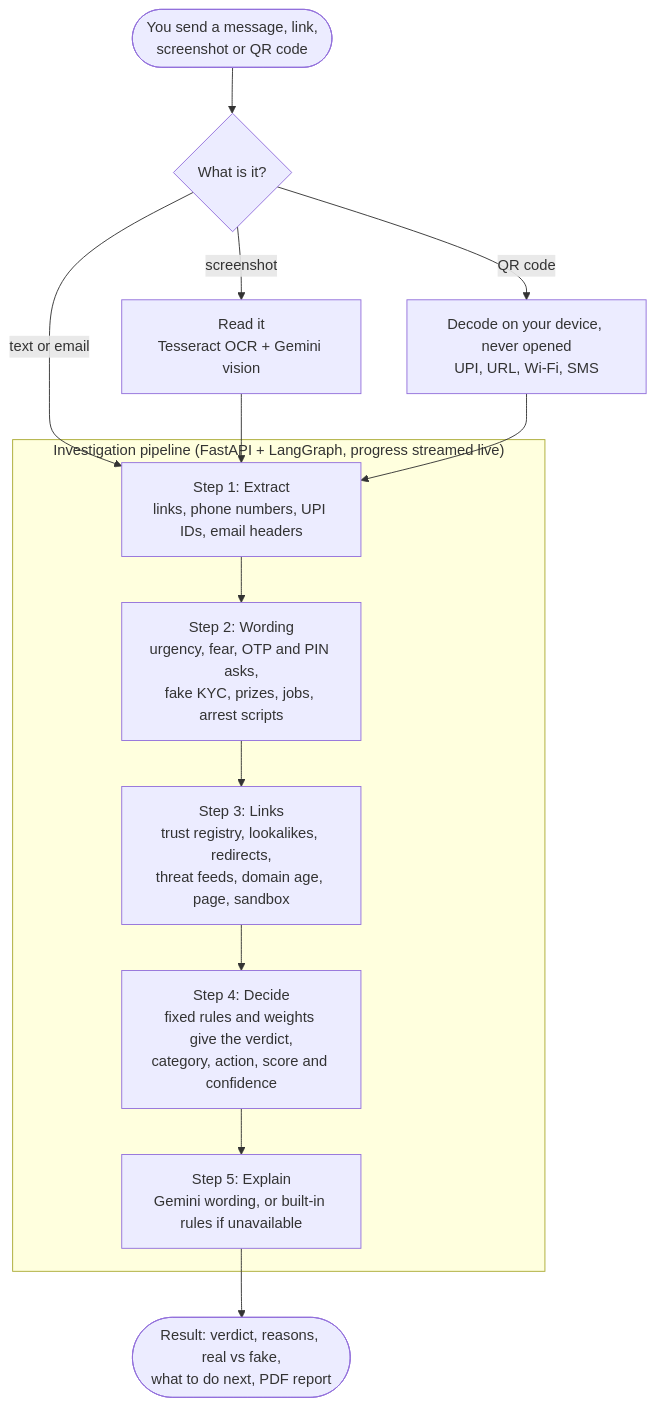
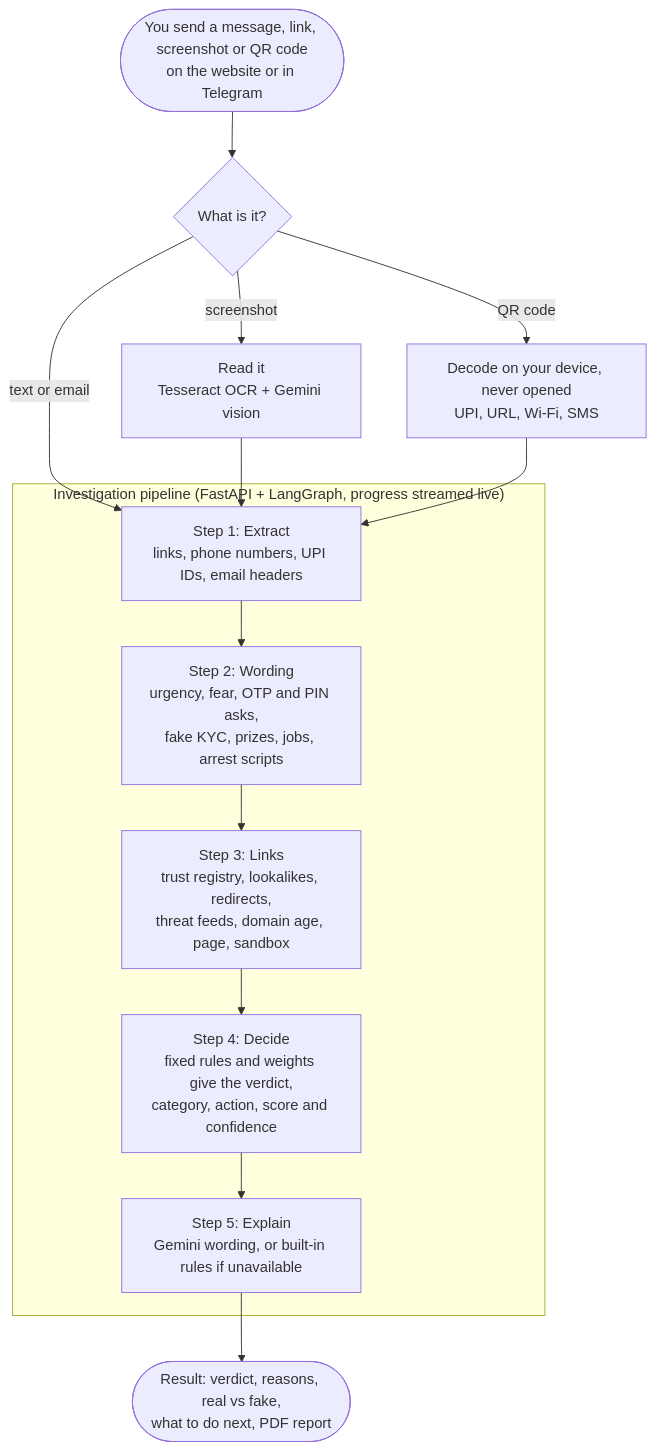
Before and after one commit to shailkamtikar/scamshield: the first of 4 diagrams in README.md, drawn with Mermaid. The commit also changed other lines of this file and 1 other file, not shown here.

Commit message:
docs: Telegram bot confirmed working in private chat and group; add Telegram to the workflow and deployment diagrams

````diff
--- a/README.md
+++ b/README.md
@@ -128,18 +130,18 @@
 ```mermaid
 flowchart TD
-    A(["You send a message, link,<br/>screenshot or QR code"]) --> B{"What is it?"}
+    A(["You send a message, link, screenshot or QR code<br/>on the website or in Telegram"]) --> B{"What is it?"}
     B -- "text or email" --> E
     B -- "screenshot" --> R1["Read it<br/>Tesseract OCR + Gemini vision"]
     B -- "QR code" --> R2["Decode on your device, never opened<br/>UPI, URL, Wi-Fi, SMS"]
     R1 --> E
     R2 --> E
 
     subgraph P ["Investigation pipeline (FastAPI + LangGraph, progress streamed live)"]
         E["Step 1: Extract<br/>links, phone numbers, UPI IDs, email headers"] --> M["Step 2: Wording<br/>urgency, fear, OTP and PIN asks,<br/>fake KYC, prizes, jobs, arrest scripts"]
         M --> L["Step 3: Links<br/>trust registry, lookalikes, redirects,<br/>threat feeds, domain age, page, sandbox"]
         L --> D["Step 4: Decide<br/>fixed rules and weights give the verdict,<br/>category, action, score and confidence"]
         D --> X["Step 5: Explain<br/>Gemini wording, or built-in rules if unavailable"]
     end
 
     X --> O(["Result: verdict, reasons, real vs fake,<br/>what to do next, PDF report"])
 ```
````
